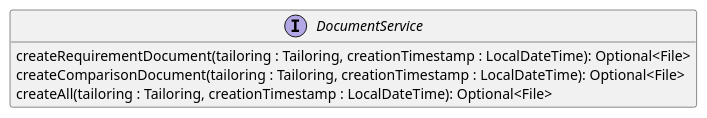
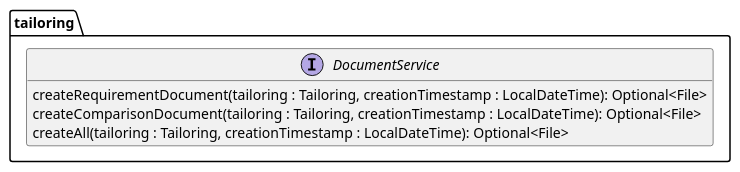
Before and after one commit to tailoringexpert/platform: the diagram in src/site/arc42/plantuml/core/tailoring/TenantInterfaces.plantuml, drawn with PlantUML. The commit also changed 2 other files, not shown here.

Commit message:
added diagrams for defined tenant interfaces

```diff
--- a/src/site/arc42/plantuml/core/tailoring/TenantInterfaces.plantuml
+++ b/src/site/arc42/plantuml/core/tailoring/TenantInterfaces.plantuml
@@ -1,16 +1,17 @@
 @startuml TenantInterfaces.png
 hide empty members
 
 skinparam componentStyle uml2
 'skinparam component {
 '  BorderColor #grey
 '  BackgroundColor #white
 '}
 
-interface DocumentService {
-    createRequirementDocument(tailoring : Tailoring, creationTimestamp : LocalDateTime): Optional<File>
-    createComparisonDocument(tailoring : Tailoring, creationTimestamp : LocalDateTime): Optional<File>
-    createAll(tailoring : Tailoring, creationTimestamp : LocalDateTime): Optional<File>
+package tailoring {
+    interface DocumentService {
+        createRequirementDocument(tailoring : Tailoring, creationTimestamp : LocalDateTime): Optional<File>
+        createComparisonDocument(tailoring : Tailoring, creationTimestamp : LocalDateTime): Optional<File>
+        createAll(tailoring : Tailoring, creationTimestamp : LocalDateTime): Optional<File>
+    }
 }
-
 @enduml
```
